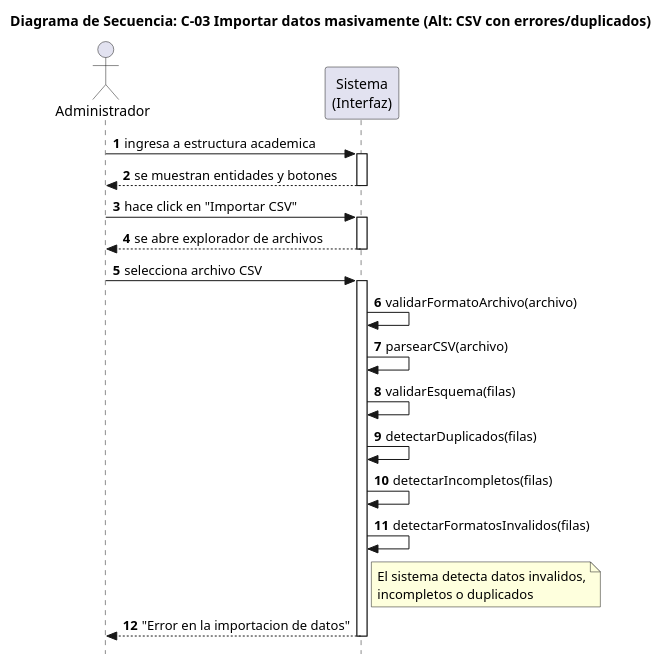
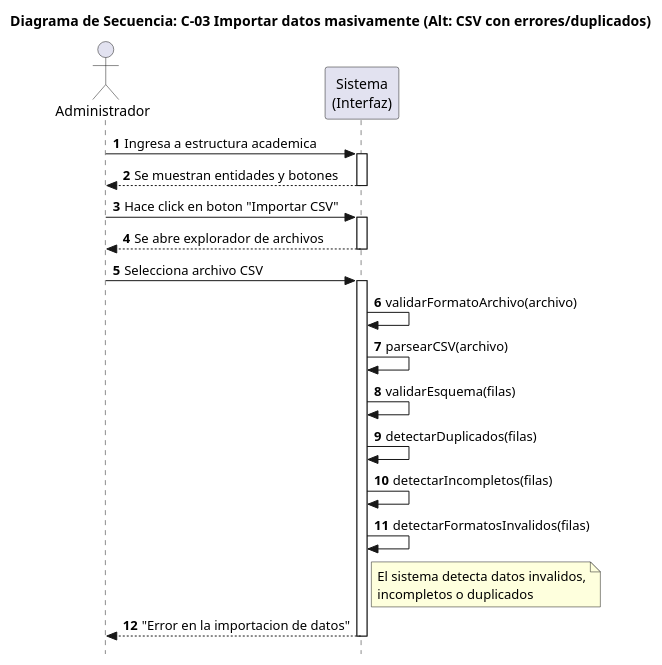
One commit to SantiagoScetti/sic-unne-admin changed the diagram in docs/puml/C-03 Importar datos masivamente (CSV con errores_duplicados).puml. Above: the diagram before and after it, drawn with PlantUML. The commit also changed 5 other files, not shown here.

Commit message:
Actualizacion de codigos UML

```diff
--- a/docs/puml/C-03 Importar datos masivamente (CSV con errores_duplicados).puml
+++ b/docs/puml/C-03 Importar datos masivamente (CSV con errores_duplicados).puml
@@ -1,43 +1,43 @@
 @startuml
 
 title Diagrama de Secuencia: C-03 Importar datos masivamente (Alt: CSV con errores/duplicados)
 
 skinparam style strictuml
 skinparam ParticipantPadding 40
 skinparam BoxPadding 20
 
 autonumber
 
 actor Administrador
 
 participant "Sistema\n(Interfaz)" as Interfaz
 
-Administrador -> Interfaz: ingresa a estructura academica
+Administrador -> Interfaz: Ingresa a estructura academica
 activate Interfaz
-Interfaz --> Administrador: se muestran entidades y botones
+Interfaz --> Administrador: Se muestran entidades y botones
 deactivate Interfaz
 
-Administrador -> Interfaz: hace click en "Importar CSV"
+Administrador -> Interfaz: Hace click en boton "Importar CSV"
 activate Interfaz
-Interfaz --> Administrador: se abre explorador de archivos
+Interfaz --> Administrador: Se abre explorador de archivos
 deactivate Interfaz
 
-Administrador -> Interfaz: selecciona archivo CSV
+Administrador -> Interfaz: Selecciona archivo CSV
 activate Interfaz
 
 Interfaz -> Interfaz: validarFormatoArchivo(archivo)
 Interfaz -> Interfaz: parsearCSV(archivo)
 Interfaz -> Interfaz: validarEsquema(filas)
 Interfaz -> Interfaz: detectarDuplicados(filas)
 Interfaz -> Interfaz: detectarIncompletos(filas)
 Interfaz -> Interfaz: detectarFormatosInvalidos(filas)
 
 note right of Interfaz
   El sistema detecta datos invalidos,
   incompletos o duplicados
 end note
 
 Interfaz --> Administrador: "Error en la importacion de datos"
 deactivate Interfaz
 
 @enduml
```
